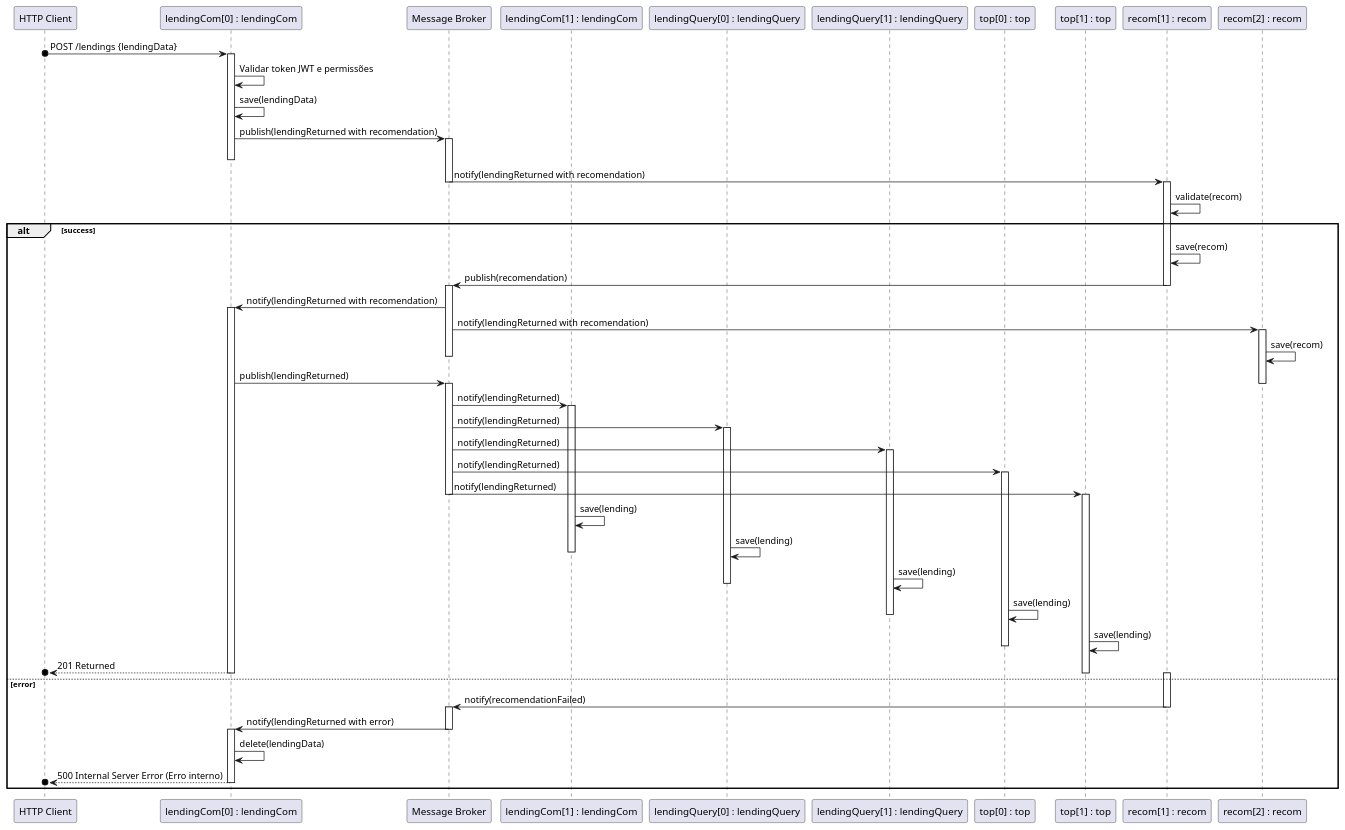
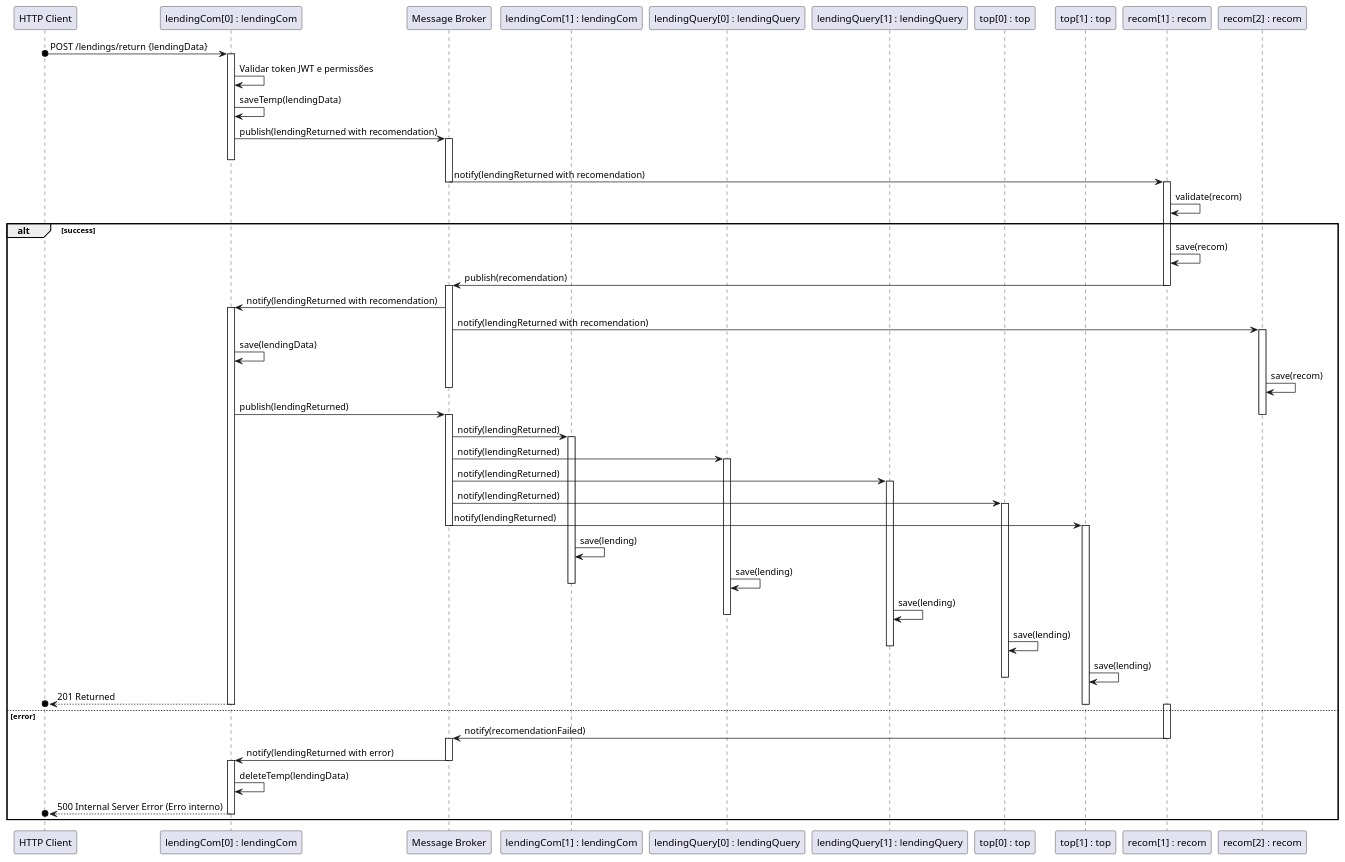
The diagram in Docs/Design/Entrega3/Vistas de Processos/Nível 2/ReturnLendingRecom.puml (GitHubCatarina/SIDIS), drawn with PlantUML before and after one commit. The commit also changed 3 other files, not shown here.

```diff
--- a/Docs/Design/Entrega3/Vistas de Processos/Nível 2/ReturnLendingRecom.puml
+++ b/Docs/Design/Entrega3/Vistas de Processos/Nível 2/ReturnLendingRecom.puml
@@ -1,102 +1,101 @@
 @startuml
 ' Definindo os participantes
 participant "HTTP Client" as client
 participant "lendingCom[0] : lendingCom" as lending0
 participant "Message Broker" as mb
 participant "lendingCom[1] : lendingCom" as lending1
 participant "lendingQuery[0] : lendingQuery" as lending01
 participant "lendingQuery[1] : lendingQuery" as lending11
 participant "top[0] : top" as top0
 participant "top[1] : top" as top1
 participant "recom[1] : recom" as  recom1
 participant "recom[2] : recom" as  recom2
 
 
-' O cliente faz uma requisição para criar um novo leitor
-client o-> lending0: POST /lendings {lendingData}
+client o-> lending0: POST /lendings/return {lendingData}
 activate lending0
 
-' O lending Service valida o token e permissões localmente
 lending0 -> lending0: Validar token JWT e permissões
 
-' Verifica as permissões e cria o leitor
-lending0 -> lending0: save(lendingData)
+lending0 -> lending0: saveTemp(lendingData)
 
 lending0 -> mb: publish(lendingReturned with recomendation)
 activate mb
 deactivate lending0
 mb -> recom1: notify(lendingReturned with recomendation)
 deactivate mb
 activate recom1
 recom1 -> recom1: validate(recom)
 alt success
 recom1 -> recom1: save(recom)
 
 recom1 -> mb: publish(recomendation)
 
 
 deactivate recom1
 activate mb
 
 mb -> lending0: notify(lendingReturned with recomendation)
 activate lending0
 mb -> recom2: notify(lendingReturned with recomendation)
 activate recom2
+lending0 -> lending0: save(lendingData)
+
 
 recom2 -> recom2: save(recom)
 deactivate mb
 
 
 
 lending0 -> mb: publish(lendingReturned)
 deactivate recom2
 
 activate mb
 
 ' Replicando dados para a outra instância (espelhamento)
 mb -> lending1: notify(lendingReturned)
 activate lending1
 mb -> lending01: notify(lendingReturned)
 activate lending01
 mb -> lending11: notify(lendingReturned)
 activate lending11
 mb -> top0: notify(lendingReturned)
 activate top0
 mb -> top1: notify(lendingReturned)
 deactivate mb
 
 activate top1
 
 
 
 lending1 -> lending1: save(lending)
 lending01 -> lending01: save(lending)
 deactivate lending1
 lending11 -> lending11: save(lending)
 deactivate lending01
 top0 -> top0: save(lending)
 deactivate lending11
 top1 -> top1: save(lending)
 deactivate top0
 
 
 ' Responder ao cliente com sucesso final após a replicação
 lending0 -->o client: 201 Returned
 deactivate top1
 deactivate lending0
 else error
 
 activate recom1
 recom1 -> mb: notify(recomendationFailed)
 deactivate recom1
 activate mb
 mb -> lending0: notify(lendingReturned with error)
 deactivate mb
 activate lending0
-lending0 -> lending0: delete(lendingData)
+lending0 -> lending0: deleteTemp(lendingData)
 
 
 lending0 -->o client: 500 Internal Server Error (Erro interno)
 deactivate lending0
 end
 @enduml
```
